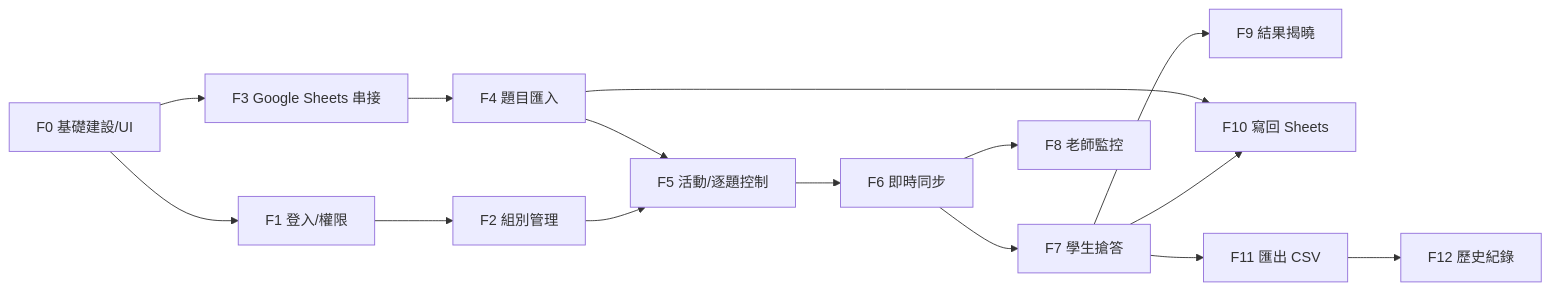
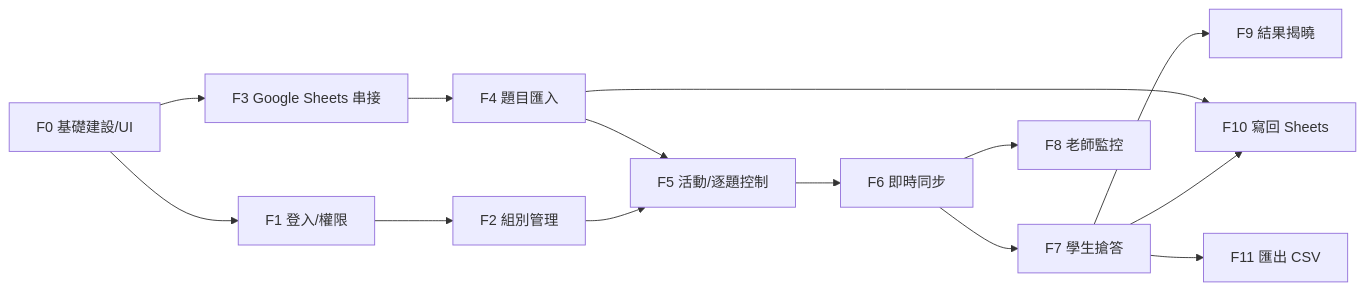
Before and after one commit to Ennn-1023/SE_project: the second of 2 diagrams in roadmap.md, drawn with Mermaid. The commit also changed other lines of this file and 1 other file, not shown here.

Commit message:
docs: mark 006 manual verification done and drop F12 from roadmap

````diff
--- a/roadmap.md
+++ b/roadmap.md
@@ -168,17 +164,16 @@
 ```mermaid
 flowchart LR
     F0[F0 基礎建設/UI] --> F1[F1 登入/權限]
     F1 --> F2[F2 組別管理]
     F0 --> F3[F3 Google Sheets 串接]
     F3 --> F4[F4 題目匯入]
     F4 --> F5[F5 活動/逐題控制]
     F2 --> F5
     F5 --> F6[F6 即時同步]
     F6 --> F7[F7 學生搶答]
     F6 --> F8[F8 老師監控]
     F7 --> F9[F9 結果揭曉]
     F4 --> F10[F10 寫回 Sheets]
     F7 --> F10
     F7 --> F11[F11 匯出 CSV]
-    F11 --> F12[F12 歷史紀錄]
 ```
````
